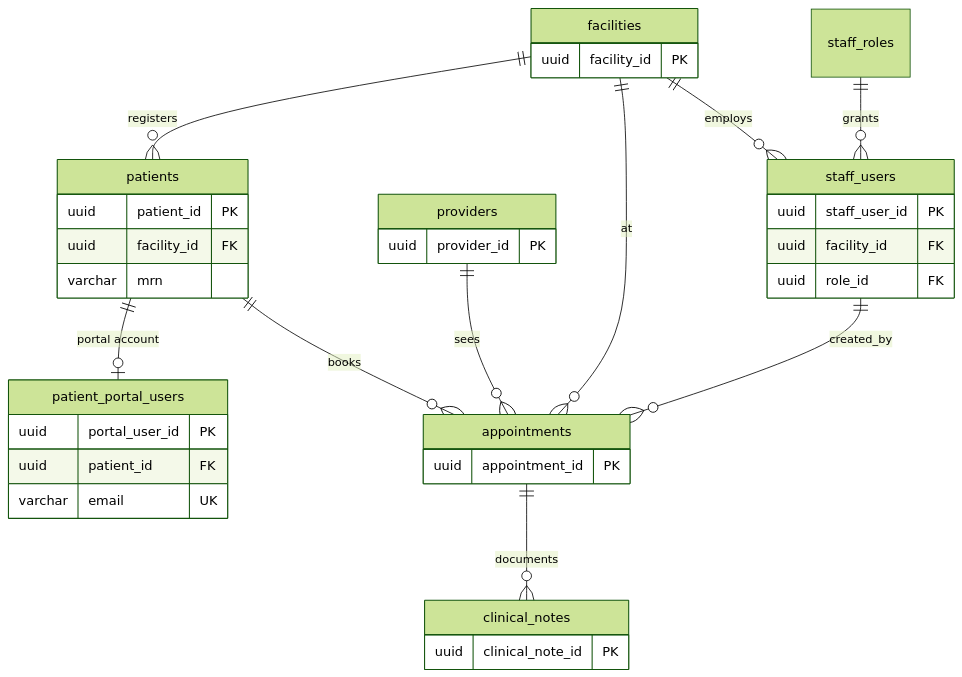
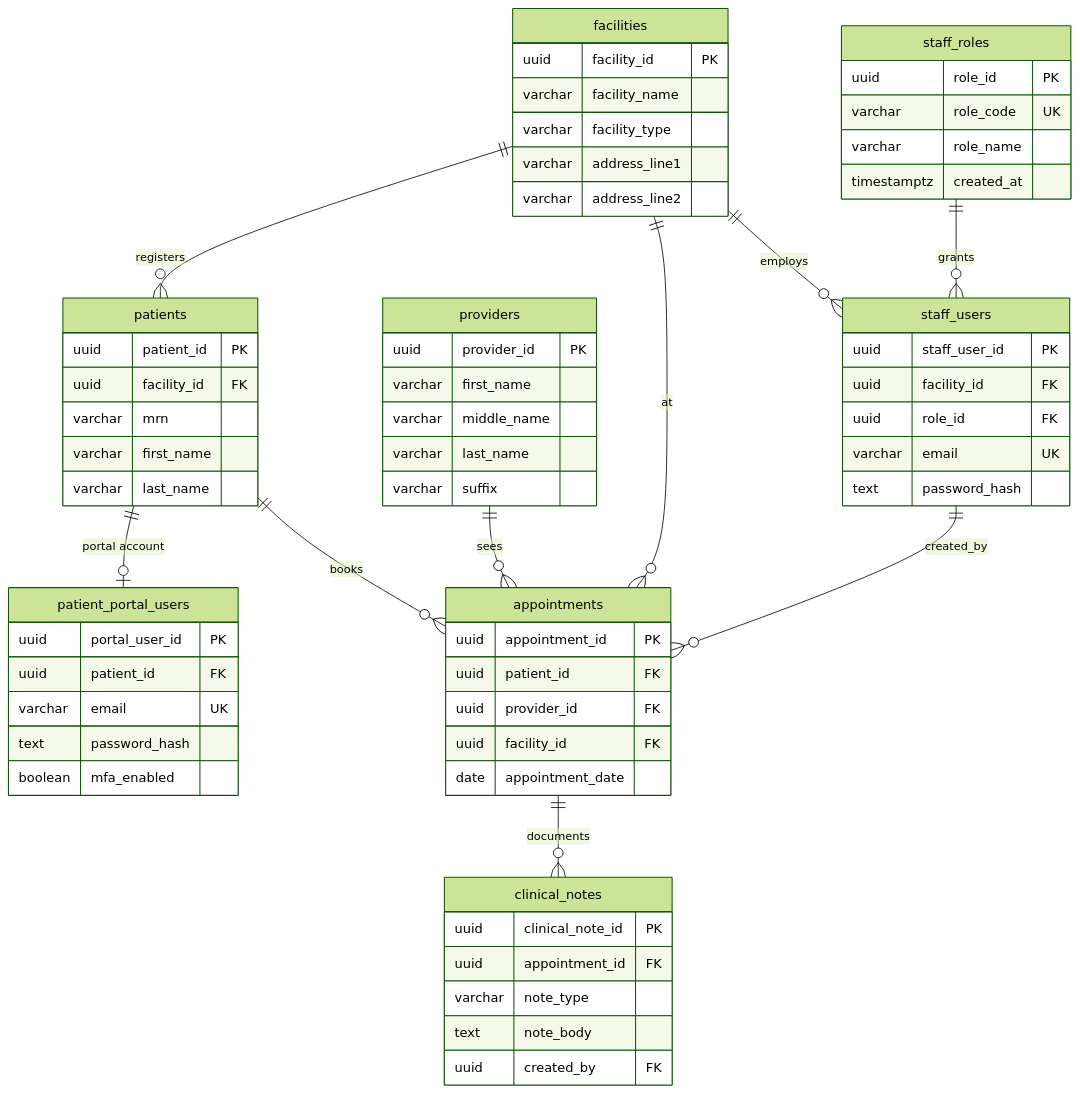
The diagram in README.md (mdmullendore/postgres-ehr-architecture), drawn with Mermaid (forest theme) before and after one commit. The commit also changed other lines of this file, not shown here.

Commit message:
update diagram

````diff
--- a/README.md
+++ b/README.md
@@ -25,46 +25,75 @@
 ```mermaid
 erDiagram
     facilities ||--o{ staff_users : "employs"
     facilities ||--o{ patients : "registers"
     staff_roles ||--o{ staff_users : "grants"
     patients ||--o| patient_portal_users : "portal account"
     patients ||--o{ appointments : "books"
     providers ||--o{ appointments : "sees"
     facilities ||--o{ appointments : "at"
     appointments ||--o{ clinical_notes : "documents"
     staff_users ||--o{ appointments : "created_by"
 
+    facilities {
+        uuid facility_id PK
+        varchar facility_name
+        varchar facility_type
+        varchar address_line1
+        varchar address_line2
+    }
+
+    staff_roles {
+        uuid role_id PK
+        varchar role_code UK
+        varchar role_name
+        timestamptz created_at
+    }
+
+    staff_users {
+        uuid staff_user_id PK
+        uuid facility_id FK
+        uuid role_id FK
+        varchar email UK
+        text password_hash
+    }
+
     patients {
         uuid patient_id PK
         uuid facility_id FK
         varchar mrn
+        varchar first_name
+        varchar last_name
     }
 
     patient_portal_users {
         uuid portal_user_id PK
         uuid patient_id FK
         varchar email UK
-    }
-
-    staff_users {
-        uuid staff_user_id PK
-        uuid facility_id FK
-        uuid role_id FK
-    }
-
-    facilities {
-        uuid facility_id PK
+        text password_hash
+        boolean mfa_enabled
     }
 
     providers {
         uuid provider_id PK
+        varchar first_name
+        varchar middle_name
+        varchar last_name
+        varchar suffix
     }
 
     appointments {
         uuid appointment_id PK
+        uuid patient_id FK
+        uuid provider_id FK
+        uuid facility_id FK
+        date appointment_date
     }
 
     clinical_notes {
         uuid clinical_note_id PK
+        uuid appointment_id FK
+        varchar note_type
+        text note_body
+        uuid created_by FK
     }
 ```
````
